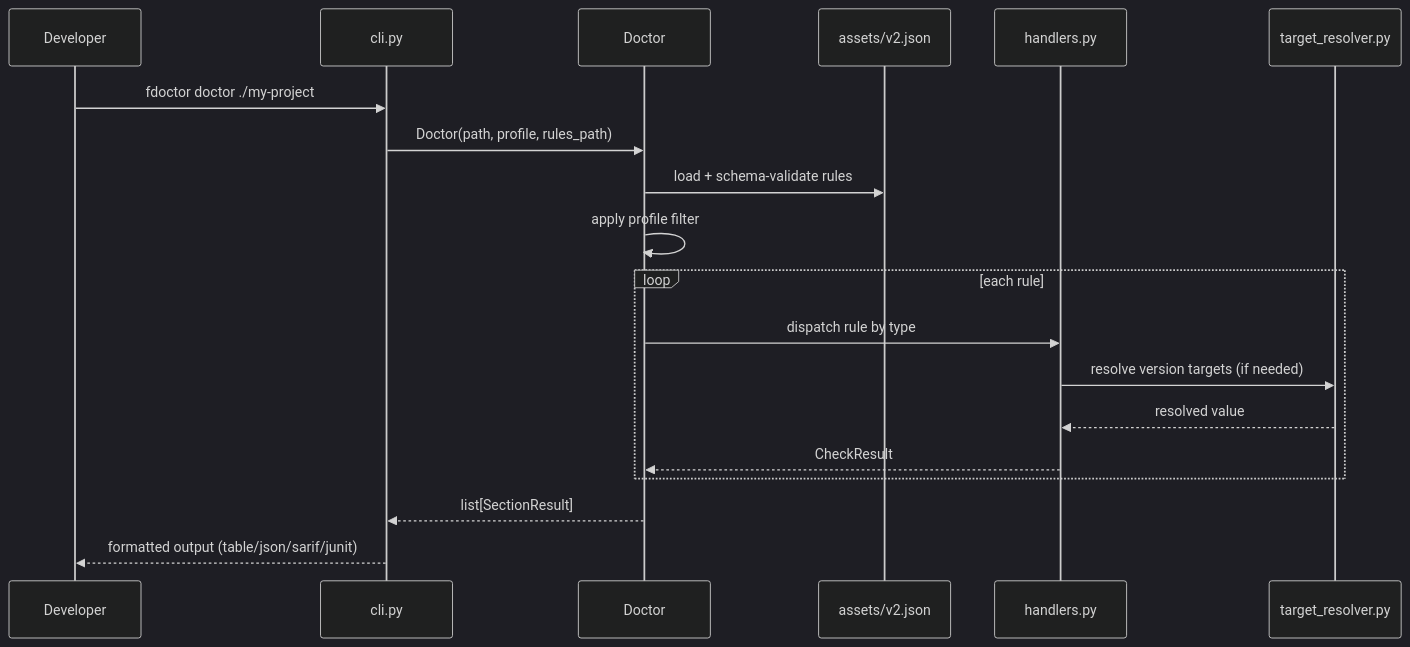
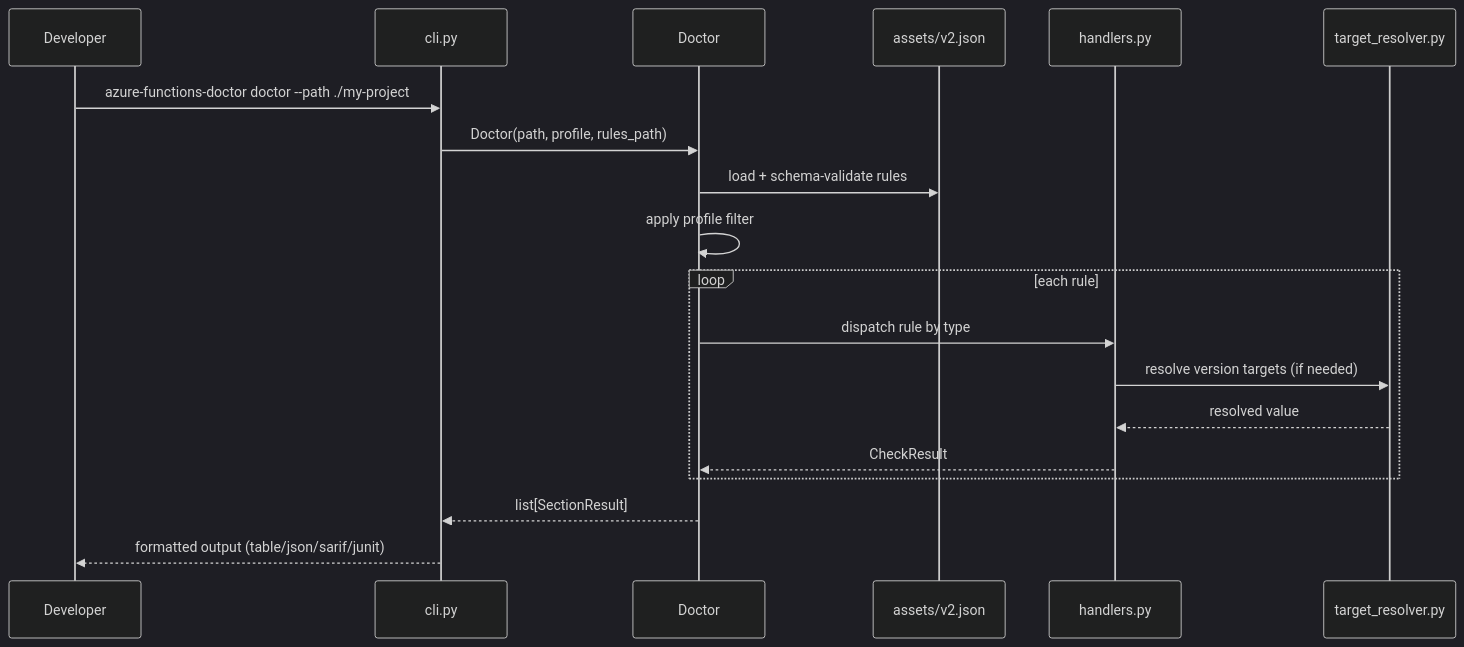
Before and after one commit to yeongseon/azure-functions-doctor-for-python: the second of 2 diagrams in docs/architecture.md, drawn with Mermaid (dark theme). The commit also changed 1 other file, not shown here.

Commit message:
docs: fix invalid positional path in CLI examples
The doctor CLI declares path as an option (--path) with a default of
'.', so positional invocations like 'doctor examples/v2/http-trigger'
and 'doctor .' fail with exit code 2. Update deployment.md and the
architecture.md sequence diagram to use the '--path' option (or rely on
the default) to match the actual CLI surface verified against cli.py and
the runtime --help output.

````diff
--- a/docs/architecture.md
+++ b/docs/architecture.md
@@ -72,22 +72,22 @@
 ```mermaid
 sequenceDiagram
     participant Dev as Developer
     participant CLI as cli.py
     participant DOC as Doctor
     participant RULES as assets/v2.json
     participant HDLR as handlers.py
     participant TR as target_resolver.py
 
-    Dev->>CLI: fdoctor doctor ./my-project
+    Dev->>CLI: azure-functions-doctor doctor --path ./my-project
     CLI->>DOC: Doctor(path, profile, rules_path)
     DOC->>RULES: load + schema-validate rules
     DOC->>DOC: apply profile filter
     loop each rule
         DOC->>HDLR: dispatch rule by type
         HDLR->>TR: resolve version targets (if needed)
         TR-->>HDLR: resolved value
         HDLR-->>DOC: CheckResult
     end
     DOC-->>CLI: list[SectionResult]
     CLI-->>Dev: formatted output (table/json/sarif/junit)
 ```
````
